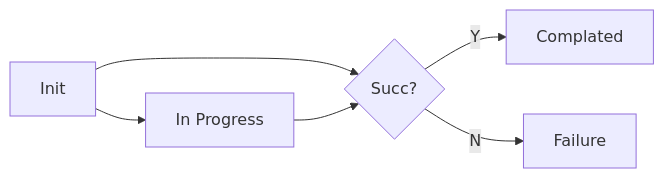
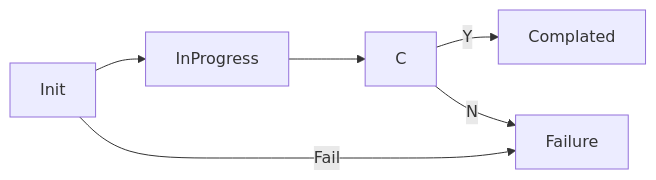
The first of 7 diagrams in docs/proposals/edge-node-tasks-status-enhancement.md (kubeedge/kubeedge), drawn with Mermaid before and after one commit. The commit also changed other lines of this file and 121 other files, not shown here.

````diff
--- a/docs/proposals/edge-node-tasks-status-enhancement.md
+++ b/docs/proposals/edge-node-tasks-status-enhancement.md
@@ -27,8 +30,8 @@
 ```mermaid
 graph LR
-A[Init] --> B[In Progress]
-A --> C{Succ?}
+A[Init] --> B[InProgress]
 B --> C
 C --> |Y| D[Complated]
 C --> |N| E[Failure]
+A --Fail--> E
 ```
````
